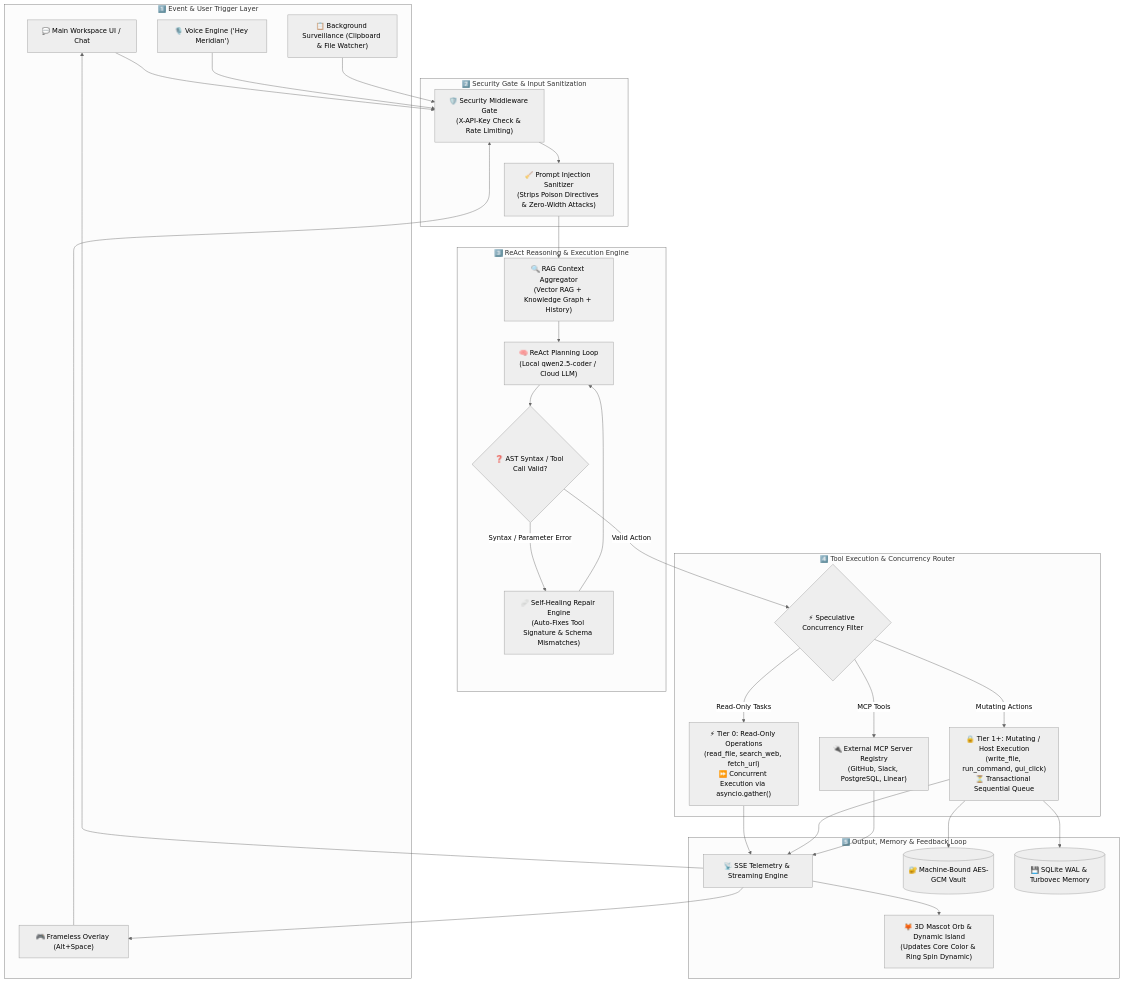
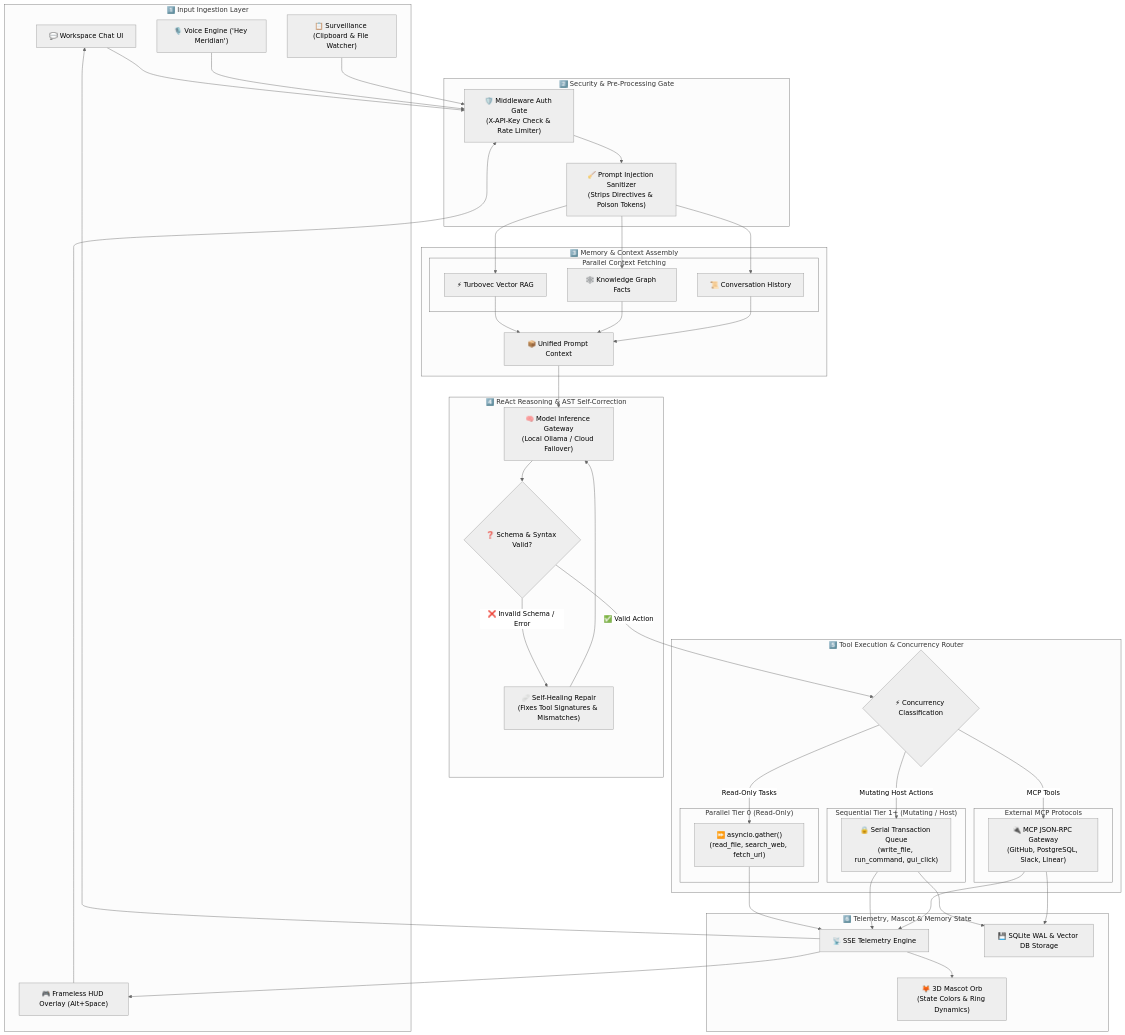
Before and after one commit to Aryan4132/Meridian-X: the diagram in README.md, drawn with Mermaid (neutral theme).

Commit message:
docs(readme): refine system flowchart to explicitly show parallel context fetching & concurrency router sequence

````diff
--- a/README.md
+++ b/README.md
@@ -83,62 +83,76 @@
 ```mermaid
 flowchart TD
-    %% User Input Entrypoints
-    subgraph Trigger["1️⃣ Event & User Trigger Layer"]
-        U1["💬 Main Workspace UI / Chat"]
-        U2["🎮 Frameless Overlay (Alt+Space)"]
-        U3["🎙️ Voice Engine ('Hey Meridian')"]
-        U4["📋 Background Surveillance (Clipboard & File Watcher)"]
+    %% Layer 1: Trigger & Input Ingestion
+    subgraph L1 ["1️⃣ Input Ingestion Layer"]
+        U_UI["💬 Workspace Chat UI"]
+        U_HUD["🎮 Frameless HUD Overlay (Alt+Space)"]
+        U_VOICE["🎙️ Voice Engine ('Hey Meridian')"]
+        U_CLIP["📋 Surveillance (Clipboard & File Watcher)"]
     end
 
-    %% Security Gate
-    subgraph Security["2️⃣ Security Gate & Input Sanitization"]
-        Gate["🛡️ Security Middleware Gate\n(X-API-Key Check & Rate Limiting)"]
-        Sanitize["🧹 Prompt Injection Sanitizer\n(Strips Poison Directives & Zero-Width Attacks)"]
+    %% Layer 2: Security Gate & Pre-Processing
+    subgraph L2 ["2️⃣ Security & Pre-Processing Gate"]
+        AUTH["🛡️ Middleware Auth Gate\n(X-API-Key Check & Rate Limiter)"]
+        SAN["🧹 Prompt Injection Sanitizer\n(Strips Directives & Poison Tokens)"]
     end
 
-    %% ReAct Engine & Context Retrieval
-    subgraph Core["3️⃣ ReAct Reasoning & Execution Engine"]
-        Context["🔍 RAG Context Aggregator\n(Vector RAG + Knowledge Graph + History)"]
-        Planner["🧠 ReAct Planning Loop\n(Local qwen2.5-coder / Cloud LLM)"]
-        SelfHeal{"❓ AST Syntax / Tool Call Valid?"}
-        Fixer["🩹 Self-Healing Repair Engine\n(Auto-Fixes Tool Signature & Schema Mismatches)"]
+    %% Layer 3: Memory & Context Assembly
+    subgraph L3 ["3️⃣ Memory & Context Assembly"]
+        subgraph L3_PAR ["Parallel Context Fetching"]
+            VEC["⚡ Turbovec Vector RAG"]
+            GRAPH["🕸️ Knowledge Graph Facts"]
+            HIST["📜 Conversation History"]
+        end
+        CTX["📦 Unified Prompt Context"]
     end
 
-    %% Execution & Routing
-    subgraph Execution["4️⃣ Tool Execution & Concurrency Router"]
-        Router{"⚡ Speculative Concurrency Filter"}
-        Tier0["⚡ Tier 0: Read-Only Operations\n(read_file, search_web, fetch_url)\n⏩ Concurrent Execution via asyncio.gather()"]
-        Tier1["🔒 Tier 1+: Mutating / Host Execution\n(write_file, run_command, gui_click)\n⏳ Transactional Sequential Queue"]
-        MCP["🔌 External MCP Server Registry\n(GitHub, Slack, PostgreSQL, Linear)"]
+    %% Layer 4: ReAct Reasoning & Self-Healing
+    subgraph L4 ["4️⃣ ReAct Reasoning & AST Self-Correction"]
+        LLM["🧠 Model Inference Gateway\n(Local Ollama / Cloud Failover)"]
+        CHECK{"❓ Schema & Syntax Valid?"}
+        HEAL["🩹 Self-Healing Repair\n(Fixes Tool Signatures & Mismatches)"]
     end
 
-    %% Output & Telemetry
-    subgraph Output["5️⃣ Output, Memory & Feedback Loop"]
-        SSE["📡 SSE Telemetry & Streaming Engine"]
-        Mascot["🦊 3D Mascot Orb & Dynamic Island\n(Updates Core Color & Ring Spin Dynamic)"]
-        Vault[("🔐 Machine-Bound AES-GCM Vault")]
-        Memory[("💾 SQLite WAL & Turbovec Memory")]
+    %% Layer 5: Concurrency Router & Tool Execution
+    subgraph L5 ["5️⃣ Tool Execution & Concurrency Router"]
+        ROUTER{"⚡ Concurrency Classification"}
+        subgraph TIER0 ["Parallel Tier 0 (Read-Only)"]
+            T0_EXEC["⏩ asyncio.gather()\n(read_file, search_web, fetch_url)"]
+        end
+        subgraph TIER1 ["Sequential Tier 1+ (Mutating / Host)"]
+            T1_EXEC["🔒 Serial Transaction Queue\n(write_file, run_command, gui_click)"]
+        end
+        subgraph MCP_SERVERS ["External MCP Protocols"]
+            MCP_EXEC["🔌 MCP JSON-RPC Gateway\n(GitHub, PostgreSQL, Slack, Linear)"]
+        end
     end
 
-    %% Flow Connections
-    U1 & U2 & U3 & U4 --> Gate
-    Gate --> Sanitize
-    Sanitize --> Context
-    Context --> Planner
-    Planner --> SelfHeal
-    SelfHeal -- "Syntax / Parameter Error" --> Fixer
-    Fixer --> Planner
-    SelfHeal -- "Valid Action" --> Router
+    %% Layer 6: Telemetry, Mascot & State Persistence
+    subgraph L6 ["6️⃣ Telemetry, Mascot & Memory State"]
+        SSE["📡 SSE Telemetry Engine"]
+        MASCOT["🦊 3D Mascot Orb\n(State Colors & Ring Dynamics)"]
+        STORE["💾 SQLite WAL & Vector DB Storage"]
+    end
 
-    Router -- "Read-Only Tasks" --> Tier0
-    Router -- "Mutating Actions" --> Tier1
-    Router -- "MCP Tools" --> MCP
+    %% Workflow Connections Sequence
+    U_UI & U_HUD & U_VOICE & U_CLIP --> AUTH
+    AUTH --> SAN
+    SAN --> VEC & GRAPH & HIST
+    VEC & GRAPH & HIST --> CTX
+    CTX --> LLM
+    LLM --> CHECK
+    CHECK -- "❌ Invalid Schema / Error" --> HEAL
+    HEAL --> LLM
+    CHECK -- "✅ Valid Action" --> ROUTER
 
-    Tier0 & Tier1 & MCP --> SSE
-    Tier1 --> Vault
-    Tier1 --> Memory
+    ROUTER -- "Read-Only Tasks" --> T0_EXEC
+    ROUTER -- "Mutating Host Actions" --> T1_EXEC
+    ROUTER -- "MCP Tools" --> MCP_EXEC
 
-    SSE --> Mascot
-    SSE --> U1
-    SSE --> U2
+    T0_EXEC & T1_EXEC & MCP_EXEC --> SSE
+    T1_EXEC & MCP_EXEC --> STORE
+
+    SSE --> MASCOT
+    SSE --> U_UI
+    SSE --> U_HUD
 ```
````
